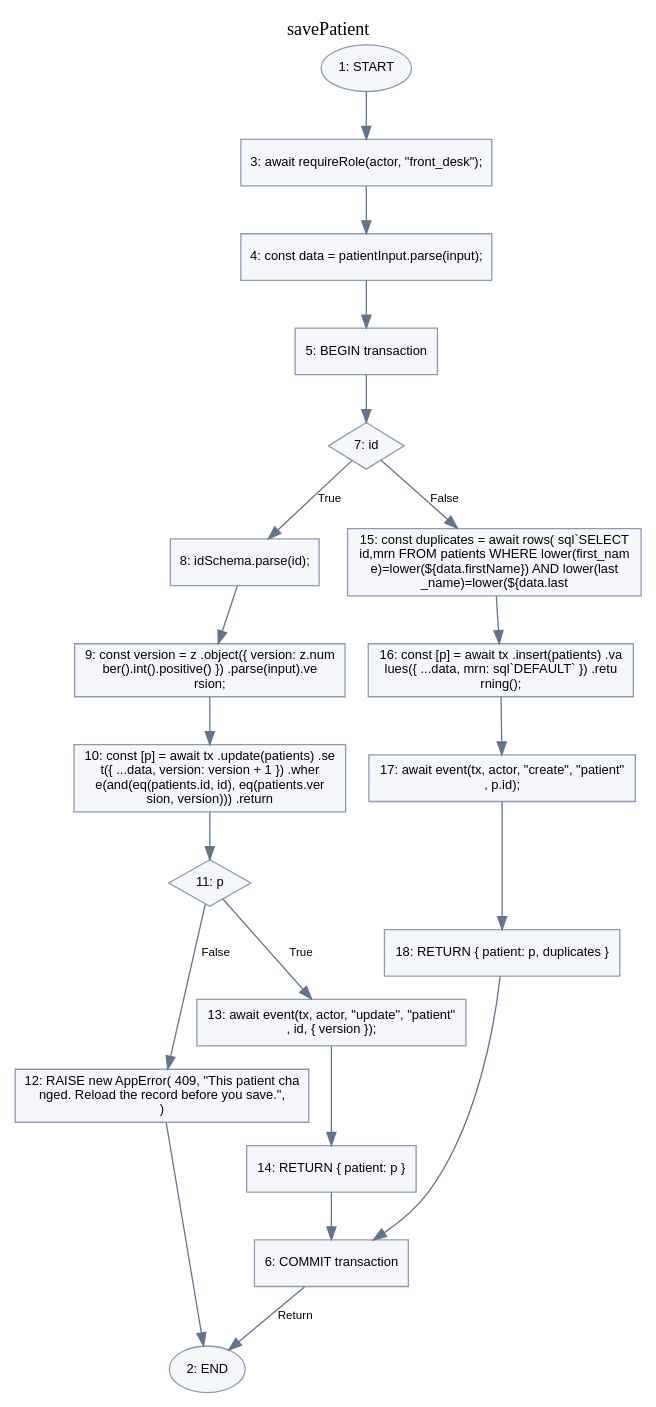
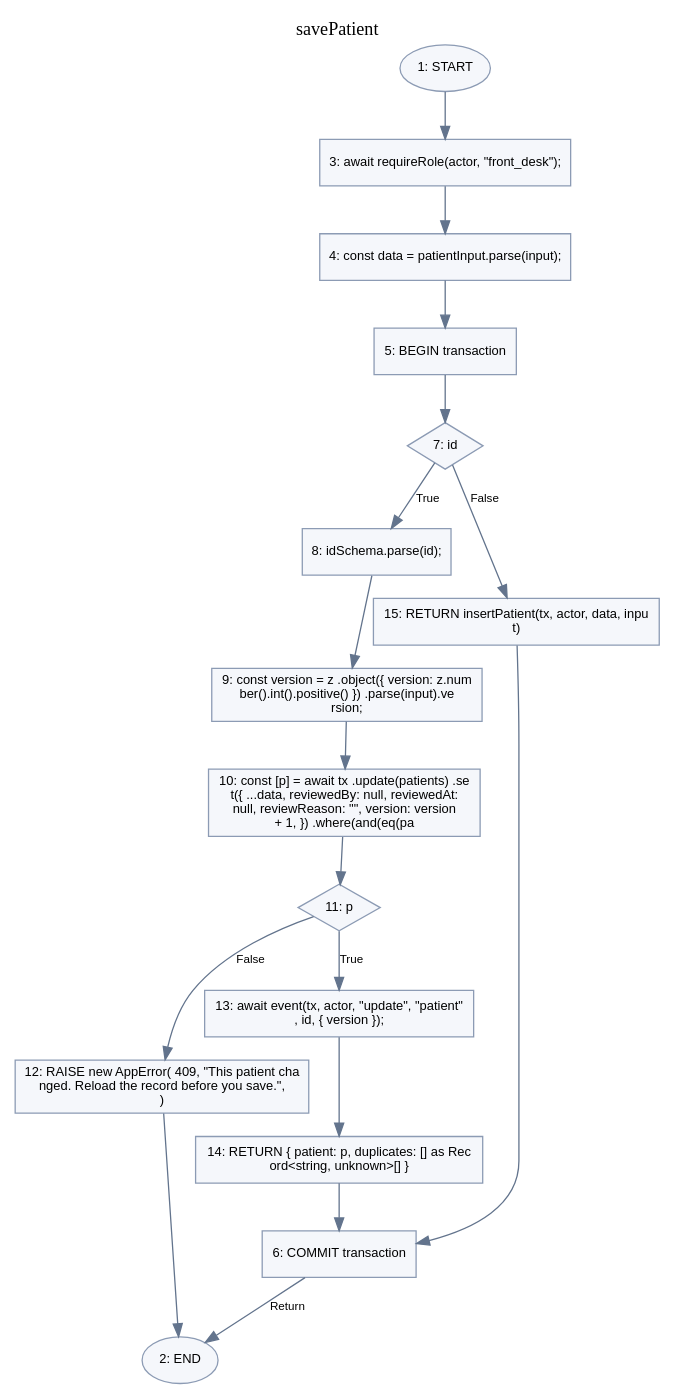
One commit to starvedsins/practicechart-ehr changed the diagram in docs/diagrams/cfg/savePatient.dot. Above: the diagram before and after it, drawn with Graphviz. The commit also changed 105 other files, not shown here.

```diff
--- a/docs/diagrams/cfg/savePatient.dot
+++ b/docs/diagrams/cfg/savePatient.dot
@@ -1,36 +1,30 @@
 digraph savePatient { graph [label="savePatient",labelloc=t,rankdir=TB,bgcolor="white"];node [fontname="Arial",fontsize=10,style=filled,fillcolor="#f5f7fb",color="#8c9bb4"];edge [fontname="Arial",fontsize=9,color="#63748d"];n1[shape=oval,label="1: START"];
 n2[shape=oval,label="2: END"];
 n3[shape=box,label="3: await requireRole(actor, \"front_desk\");"];
 n4[shape=box,label="4: const data = patientInput.parse(input);"];
 n5[shape=box,label="5: BEGIN transaction"];
 n6[shape=box,label="6: COMMIT transaction"];
 n7[shape=diamond,label="7: id"];
 n8[shape=box,label="8: idSchema.parse(id);"];
 n9[shape=box,label="9: const version = z .object({ version: z.num\nber().int().positive() }) .parse(input).ve\nrsion;"];
-n10[shape=box,label="10: const [p] = await tx .update(patients) .se\nt({ ...data, version: version + 1 }) .wher\ne(and(eq(patients.id, id), eq(patients.ver\nsion, version))) .return"];
+n10[shape=box,label="10: const [p] = await tx .update(patients) .se\nt({ ...data, reviewedBy: null, reviewedAt:\n null, reviewReason: \"\", version: version \n+ 1, }) .where(and(eq(pa"];
 n11[shape=diamond,label="11: p"];
 n12[shape=box,label="12: RAISE new AppError( 409, \"This patient cha\nnged. Reload the record before you save.\",\n )"];
 n13[shape=box,label="13: await event(tx, actor, \"update\", \"patient\"\n, id, { version });"];
-n14[shape=box,label="14: RETURN { patient: p }"];
-n15[shape=box,label="15: const duplicates = await rows( sql`SELECT \nid,mrn FROM patients WHERE lower(first_nam\ne)=lower(${data.firstName}) AND lower(last\n_name)=lower(${data.last"];
-n16[shape=box,label="16: const [p] = await tx .insert(patients) .va\nlues({ ...data, mrn: sql`DEFAULT` }) .retu\nrning();"];
-n17[shape=box,label="17: await event(tx, actor, \"create\", \"patient\"\n, p.id);"];
-n18[shape=box,label="18: RETURN { patient: p, duplicates }"];n1->n3[label=""];
+n14[shape=box,label="14: RETURN { patient: p, duplicates: [] as Rec\nord<string, unknown>[] }"];
+n15[shape=box,label="15: RETURN insertPatient(tx, actor, data, inpu\nt)"];n1->n3[label=""];
 n3->n4[label=""];
 n4->n5[label=""];
 n5->n7[label=""];
 n7->n8[label="True"];
 n8->n9[label=""];
 n9->n10[label=""];
 n10->n11[label=""];
 n11->n12[label="False"];
 n12->n2[label=""];
 n11->n13[label="True"];
 n13->n14[label=""];
 n14->n6[label=""];
 n7->n15[label="False"];
-n15->n16[label=""];
-n16->n17[label=""];
-n17->n18[label=""];
-n18->n6[label=""];
+n15->n6[label=""];
 n6->n2[label="Return"];}
```
